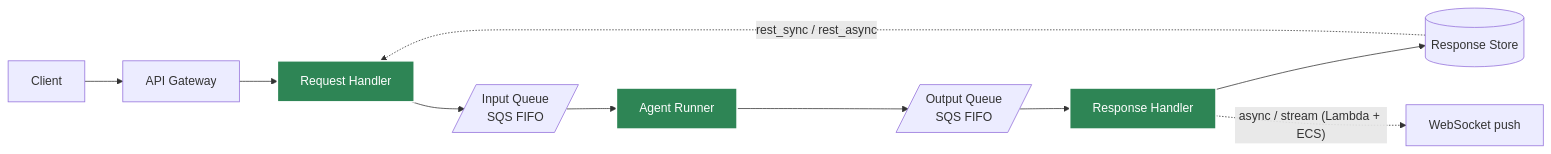
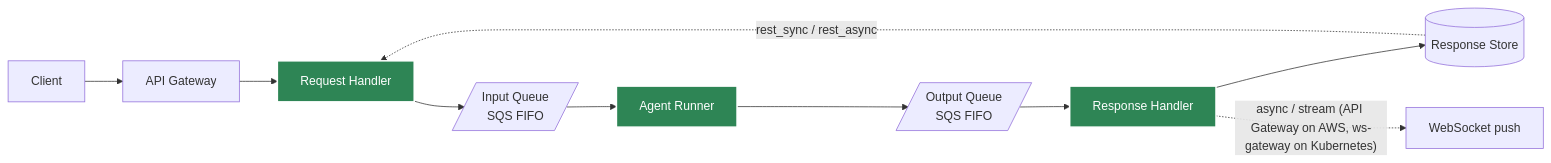
One commit to yaalalabs/agent-kernel changed the second of 2 diagrams in docs/docs/deployment/overview.md. Above: the diagram before and after it, drawn with Mermaid. The commit also changed other lines of this file and 16 other files, not shown here.

First line of the commit message:
feat: add On-Prem / Kubernetes deployment support with Helm chart

````diff
--- a/docs/docs/deployment/overview.md
+++ b/docs/docs/deployment/overview.md
@@ -105,16 +113,16 @@
 ```mermaid
 graph LR
     CL[Client] --> GW[API Gateway]
     GW --> RH[Request Handler]
     RH --> IQ[/Input Queue<br/>SQS FIFO/]
     IQ --> AR[Agent Runner]
     AR --> OQ[/Output Queue<br/>SQS FIFO/]
     OQ --> RSH[Response Handler]
     RSH --> RS[(Response Store)]
     RS -.->|rest_sync / rest_async| RH
-    RSH -.->|"async / stream (Lambda + ECS)"| WS[WebSocket push]
+    RSH -.->|"async / stream (API Gateway on AWS, ws-gateway on Kubernetes)"| WS[WebSocket push]
 
     style RH fill:#2e8555,stroke:#fff,stroke-width:2px,color:#fff
     style AR fill:#2e8555,stroke:#fff,stroke-width:2px,color:#fff
     style RSH fill:#2e8555,stroke:#fff,stroke-width:2px,color:#fff
 ```
````
